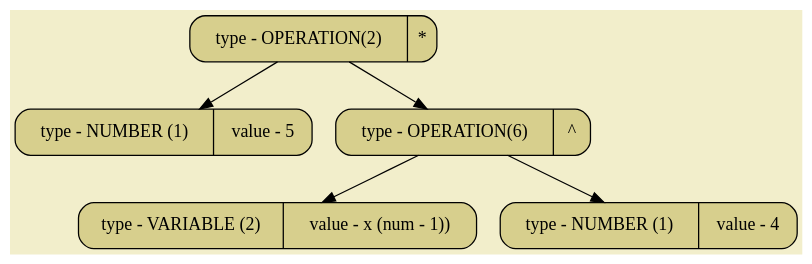
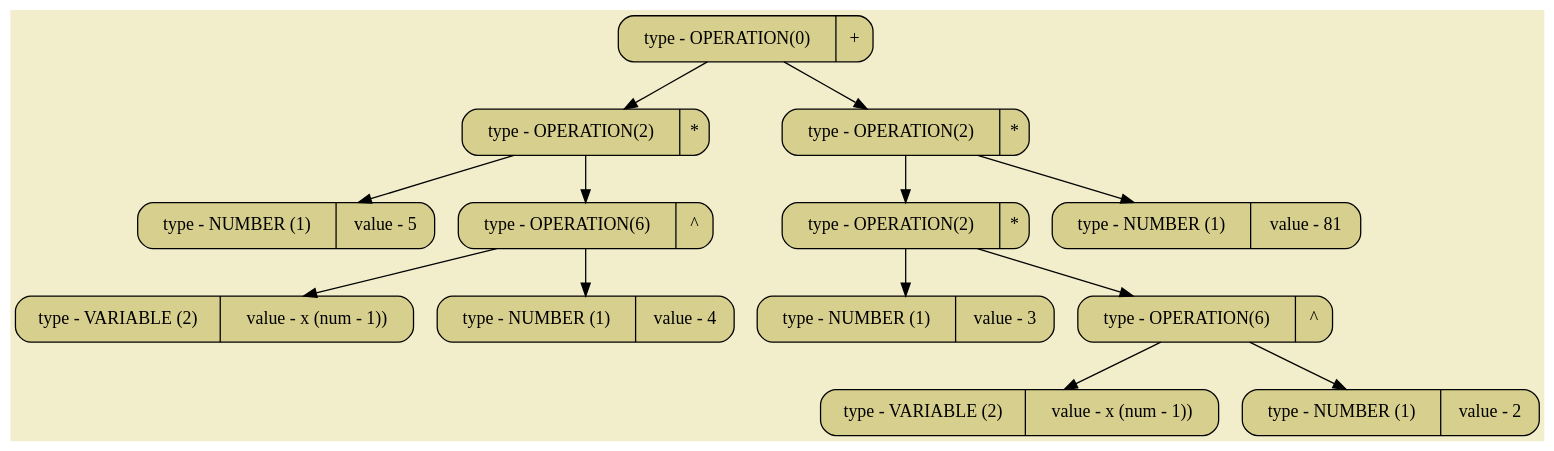
Before and after one commit to SashaKhaytina/Differenciator: the diagram in all_dumps/pictures/image03.dot, drawn with Graphviz. The commit also changed 15 other files, not shown here.

```diff
--- a/all_dumps/pictures/image03.dot
+++ b/all_dumps/pictures/image03.dot
@@ -1,14 +1,30 @@
 digraph
 {
 bgcolor="#F2EECB";
 rankdir = TB;
-POINT_0x65204b4dcfa0[shape=Mrecord, label = "type - OPERATION(2) | *", style="filled",fillcolor="#D7CF8D"]
-POINT_0x65204b4dcf10[shape=Mrecord, label = "type - NUMBER (1) | value - 5", style="filled",fillcolor="#D7CF8D"]
-POINT_0x65204b4dcee0[shape=Mrecord, label = "type - OPERATION(6) | ^", style="filled",fillcolor="#D7CF8D"]
-POINT_0x65204b4dceb0[shape=Mrecord, label = "type - VARIABLE (2) | value - x (num - 1))", style="filled",fillcolor="#D7CF8D"]
-POINT_0x65204b4dce80[shape=Mrecord, label = "type - NUMBER (1) | value - 4", style="filled",fillcolor="#D7CF8D"]
-POINT_0x65204b4dcfa0 -> POINT_0x65204b4dcf10
-POINT_0x65204b4dcfa0 -> POINT_0x65204b4dcee0
-POINT_0x65204b4dcee0 -> POINT_0x65204b4dceb0
-POINT_0x65204b4dcee0 -> POINT_0x65204b4dce80
+POINT_0x6295e313afa0[shape=Mrecord, label = "type - OPERATION(0) | +", style="filled",fillcolor="#D7CF8D"]
+POINT_0x6295e313af70[shape=Mrecord, label = "type - OPERATION(2) | *", style="filled",fillcolor="#D7CF8D"]
+POINT_0x6295e313af10[shape=Mrecord, label = "type - NUMBER (1) | value - 5", style="filled",fillcolor="#D7CF8D"]
+POINT_0x6295e313aee0[shape=Mrecord, label = "type - OPERATION(6) | ^", style="filled",fillcolor="#D7CF8D"]
+POINT_0x6295e313aeb0[shape=Mrecord, label = "type - VARIABLE (2) | value - x (num - 1))", style="filled",fillcolor="#D7CF8D"]
+POINT_0x6295e313ae80[shape=Mrecord, label = "type - NUMBER (1) | value - 4", style="filled",fillcolor="#D7CF8D"]
+POINT_0x6295e313adf0[shape=Mrecord, label = "type - OPERATION(2) | *", style="filled",fillcolor="#D7CF8D"]
+POINT_0x6295e313ad90[shape=Mrecord, label = "type - OPERATION(2) | *", style="filled",fillcolor="#D7CF8D"]
+POINT_0x6295e313ad30[shape=Mrecord, label = "type - NUMBER (1) | value - 3", style="filled",fillcolor="#D7CF8D"]
+POINT_0x6295e313ad00[shape=Mrecord, label = "type - OPERATION(6) | ^", style="filled",fillcolor="#D7CF8D"]
+POINT_0x6295e313acd0[shape=Mrecord, label = "type - VARIABLE (2) | value - x (num - 1))", style="filled",fillcolor="#D7CF8D"]
+POINT_0x6295e313aca0[shape=Mrecord, label = "type - NUMBER (1) | value - 2", style="filled",fillcolor="#D7CF8D"]
+POINT_0x6295e313ac10[shape=Mrecord, label = "type - NUMBER (1) | value - 81", style="filled",fillcolor="#D7CF8D"]
+POINT_0x6295e313afa0 -> POINT_0x6295e313af70
+POINT_0x6295e313afa0 -> POINT_0x6295e313adf0
+POINT_0x6295e313af70 -> POINT_0x6295e313af10
+POINT_0x6295e313af70 -> POINT_0x6295e313aee0
+POINT_0x6295e313aee0 -> POINT_0x6295e313aeb0
+POINT_0x6295e313aee0 -> POINT_0x6295e313ae80
+POINT_0x6295e313adf0 -> POINT_0x6295e313ad90
+POINT_0x6295e313adf0 -> POINT_0x6295e313ac10
+POINT_0x6295e313ad90 -> POINT_0x6295e313ad30
+POINT_0x6295e313ad90 -> POINT_0x6295e313ad00
+POINT_0x6295e313ad00 -> POINT_0x6295e313acd0
+POINT_0x6295e313ad00 -> POINT_0x6295e313aca0
 }
```
